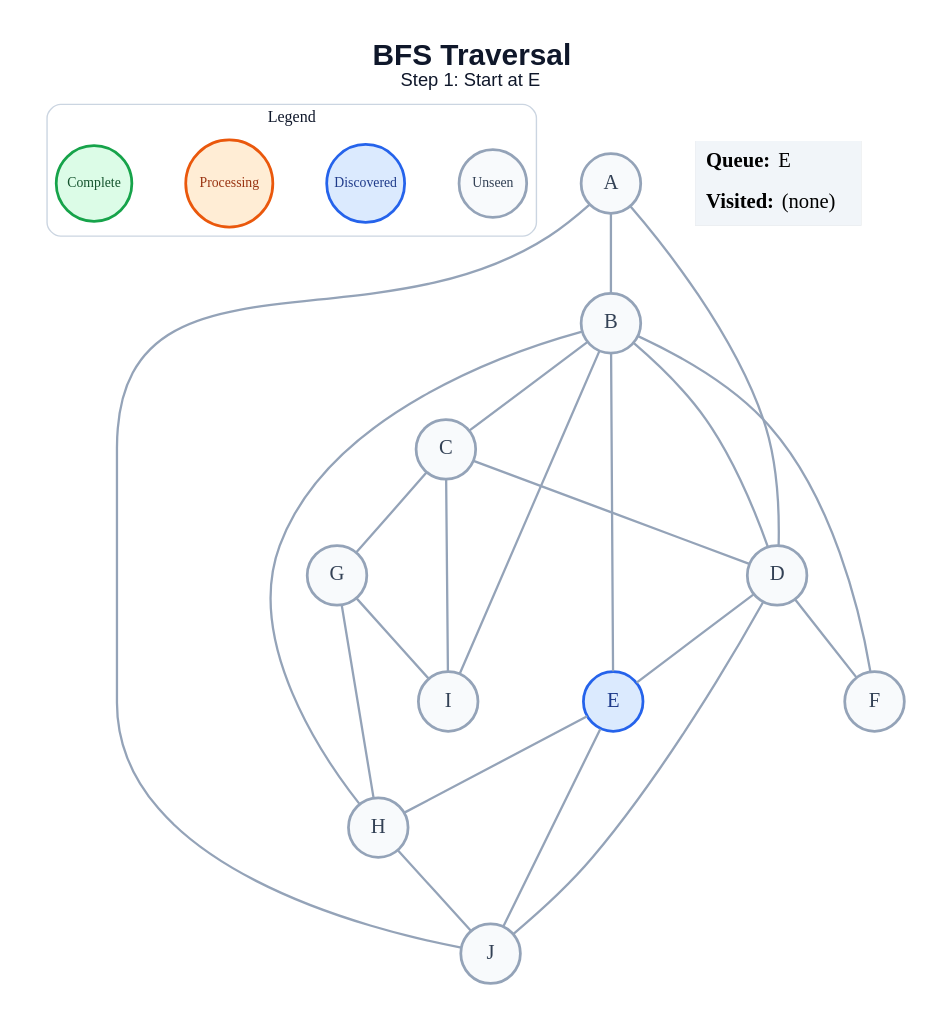
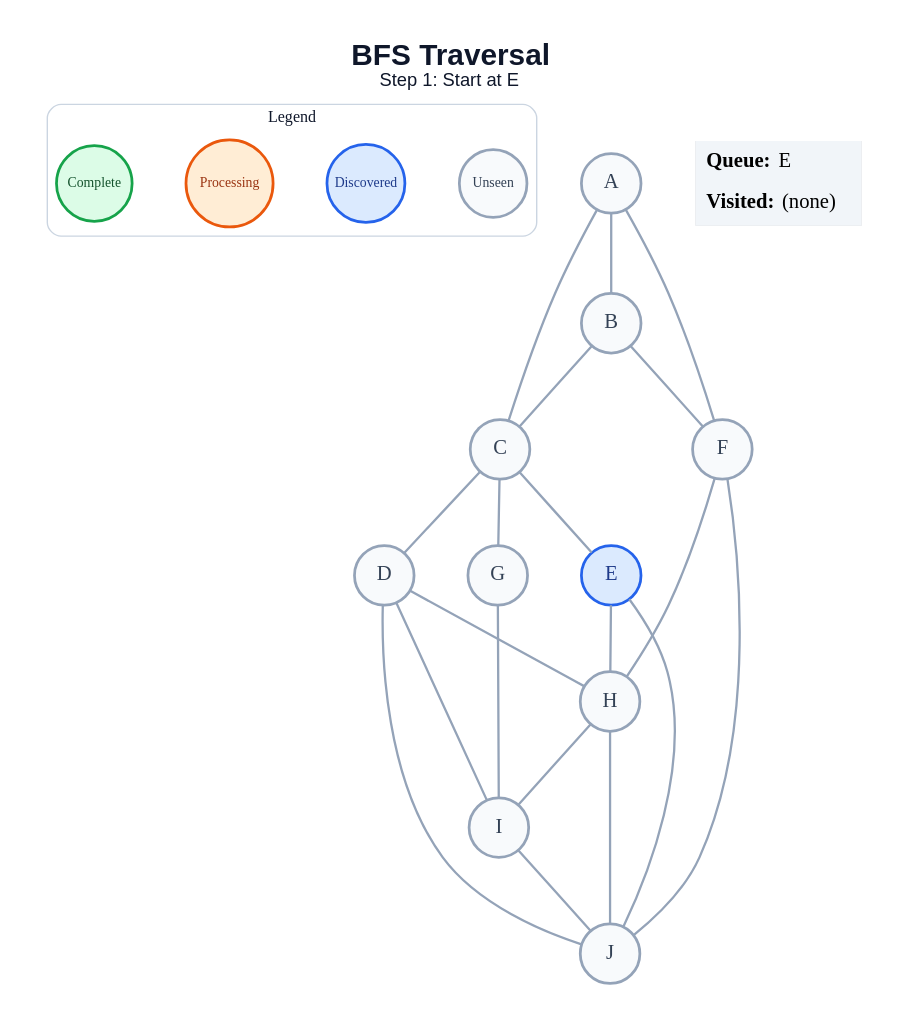
The diagram in generated/specific-node/bfs/step_01.dot (amanghodawala9/ai-slop), drawn with Graphviz before and after one commit. The commit also changed 178 other files, not shown here.

```diff
--- a/generated/specific-node/bfs/step_01.dot
+++ b/generated/specific-node/bfs/step_01.dot
@@ -1,49 +1,48 @@
 graph traversal {
   graph [layout=dot, rankdir=TB, bgcolor="#FFFFFF", pad="0.35", nodesep="0.65", ranksep="0.8", fontname="Arial"];
   node [shape=circle, style="filled", fontname="Arial Bold", fontsize=18, width=0.72, fixedsize=true, penwidth=2.4];
   edge [color="#94A3B8", penwidth=2.0];
   label=<<B>BFS Traversal</B><BR/><FONT POINT-SIZE="16">Step 1: Start at E</FONT>>; labelloc="t"; fontsize=26; fontname="Arial"; fontcolor="#0F172A";
   subgraph cluster_legend { label="Legend"; color="#CBD5E1"; penwidth=1.2; style="rounded"; fontsize=14; fontname="Arial Bold";
     key_unseen [label="Unseen", fillcolor="#F8FAFC", color="#94A3B8", fontcolor="#334155", fontsize=12, width=0.82];
     key_frontier [label="Discovered", fillcolor="#DBEAFE", color="#2563EB", fontcolor="#1E3A8A", fontsize=12, width=0.95];
     key_current [label="Processing", fillcolor="#FFEDD5", color="#EA580C", fontcolor="#9A3412", fontsize=12, width=1.05];
     key_done [label="Complete", fillcolor="#DCFCE7", color="#16A34A", fontcolor="#14532D", fontsize=12, width=0.92];
     { rank=same; key_unseen; key_frontier; key_current; key_done; }
   }
   A [fillcolor="#F8FAFC", color="#94A3B8", fontcolor="#334155"];
   B [fillcolor="#F8FAFC", color="#94A3B8", fontcolor="#334155"];
   C [fillcolor="#F8FAFC", color="#94A3B8", fontcolor="#334155"];
   D [fillcolor="#F8FAFC", color="#94A3B8", fontcolor="#334155"];
   E [fillcolor="#DBEAFE", color="#2563EB", fontcolor="#1E3A8A"];
   F [fillcolor="#F8FAFC", color="#94A3B8", fontcolor="#334155"];
   G [fillcolor="#F8FAFC", color="#94A3B8", fontcolor="#334155"];
   H [fillcolor="#F8FAFC", color="#94A3B8", fontcolor="#334155"];
   I [fillcolor="#F8FAFC", color="#94A3B8", fontcolor="#334155"];
   J [fillcolor="#F8FAFC", color="#94A3B8", fontcolor="#334155"];
   A -- B;
-  A -- D;
-  A -- J;
+  A -- C;
+  A -- F;
   B -- C;
-  B -- D;
-  B -- E;
   B -- F;
-  B -- H;
-  B -- I;
   C -- D;
+  C -- E;
   C -- G;
-  C -- I;
-  D -- E;
-  D -- F;
+  D -- H;
+  D -- I;
   D -- J;
   E -- H;
   E -- J;
-  G -- H;
+  F -- H;
+  F -- J;
   G -- I;
+  H -- I;
   H -- J;
+  I -- J;
   status [shape=plain, fixedsize=false, width=0, height=0, margin=0, label=<
     <TABLE BORDER="0" CELLBORDER="0" CELLPADDING="7" BGCOLOR="#F1F5F9">
       <TR><TD ALIGN="LEFT"><B>Queue:</B> E</TD></TR>
       <TR><TD ALIGN="LEFT"><B>Visited:</B> (none)</TD></TR>
     </TABLE>
   >];
 }
```
